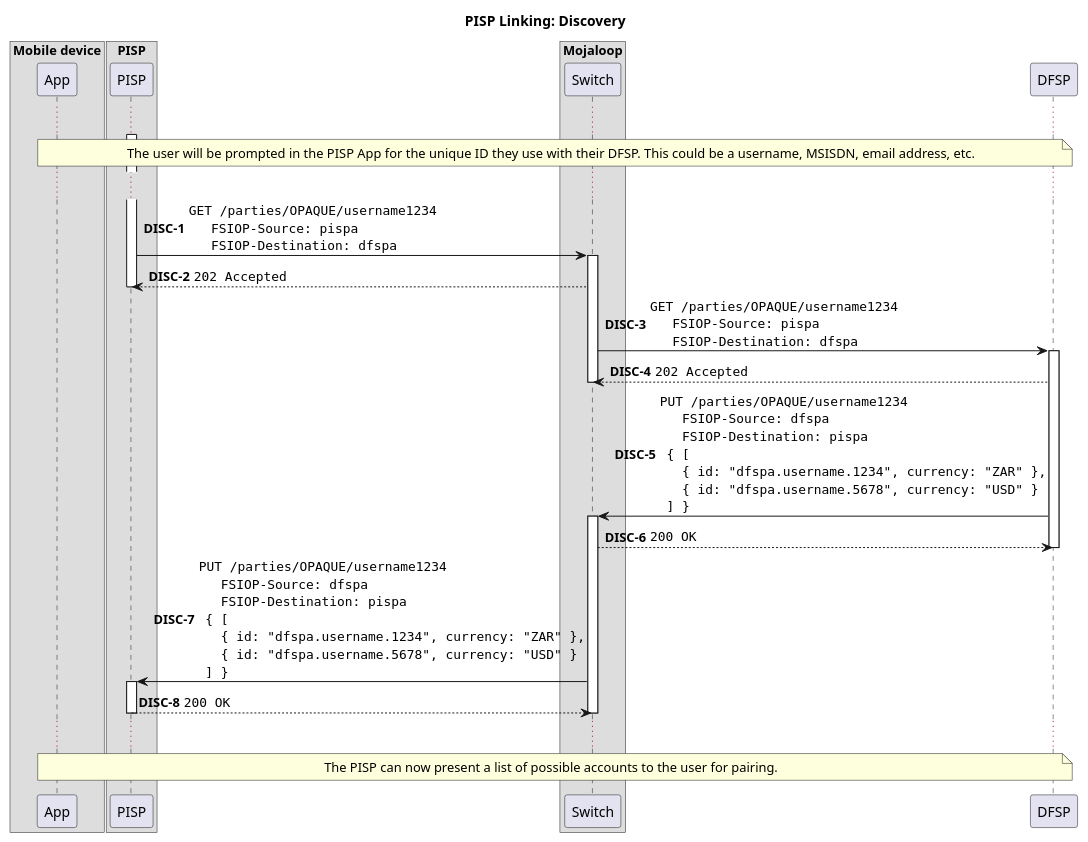
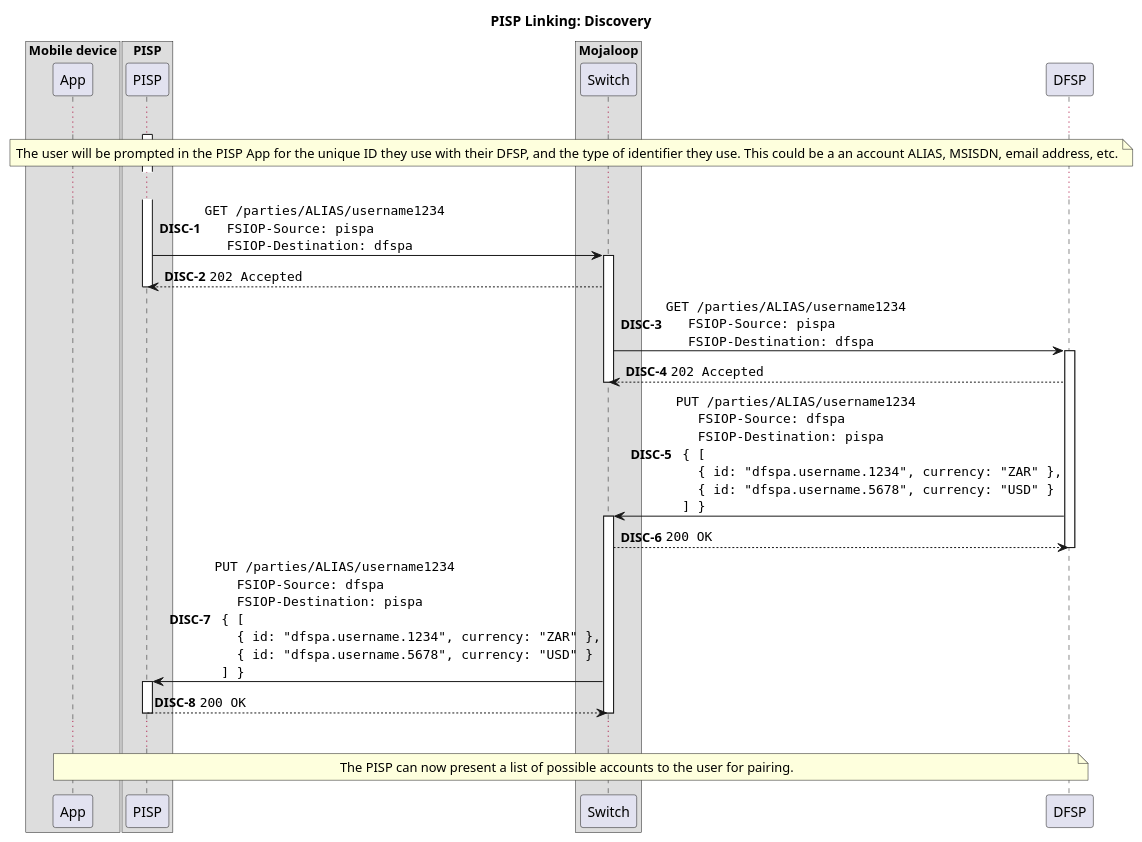
One commit to mojaloop/pisp-project changed the diagram in docs/linking/1-discovery.puml. Above: the diagram before and after it, drawn with PlantUML. The commit also changed 1 other file, not shown here.

Commit message:
feat: remove OPAQUE identifier

```diff
--- a/docs/linking/1-discovery.puml
+++ b/docs/linking/1-discovery.puml
@@ -1,69 +1,69 @@
 @startuml
 
 title PISP Linking: Discovery
 
 box "Mobile device"
     participant App
 end box
 
 box "PISP"
     participant PISP
 end box
 
 box "Mojaloop"
     participant Switch
 end box
 
 participant DFSP
 
 autonumber 1 "<b>DISC-#</b>"
 activate PISP
 
 ...
 
 note over App, DFSP
-  The user will be prompted in the PISP App for the unique ID they use with their DFSP. This could be a username, MSISDN, email address, etc.
+  The user will be prompted in the PISP App for the unique ID they use with their DFSP, and the type of identifier they use. This could be a an account ALIAS, MSISDN, email address, etc.
 end note
 
 ...
 
-PISP -> Switch ++: ""GET /parties/OPAQUE/username1234""\n\
+PISP -> Switch ++: ""GET /parties/ALIAS/username1234""\n\
   ""  FSIOP-Source: pispa""\n\
   ""  FSIOP-Destination: dfspa""
 Switch --> PISP: ""202 Accepted""
 deactivate PISP
 
-Switch -> DFSP ++: ""GET /parties/OPAQUE/username1234""\n\
+Switch -> DFSP ++: ""GET /parties/ALIAS/username1234""\n\
   ""  FSIOP-Source: pispa""\n\
   ""  FSIOP-Destination: dfspa""
 DFSP --> Switch: ""202 Accepted""
 deactivate Switch
 
-DFSP -> Switch ++: ""PUT /parties/OPAQUE/username1234""\n\
+DFSP -> Switch ++: ""PUT /parties/ALIAS/username1234""\n\
   ""  FSIOP-Source: dfspa""\n\
   ""  FSIOP-Destination: pispa""\n\
   ""{ [""\n\
   ""  { id: "dfspa.username.1234", currency: "ZAR" },""\n\
   ""  { id: "dfspa.username.5678", currency: "USD" }""\n\
   ""] }""
 Switch --> DFSP: ""200 OK""
 deactivate DFSP
 
-Switch -> PISP ++: ""PUT /parties/OPAQUE/username1234""\n\
+Switch -> PISP ++: ""PUT /parties/ALIAS/username1234""\n\
   ""  FSIOP-Source: dfspa""\n\
   ""  FSIOP-Destination: pispa""\n\
   ""{ [""\n\
   ""  { id: "dfspa.username.1234", currency: "ZAR" },""\n\
   ""  { id: "dfspa.username.5678", currency: "USD" }""\n\
   ""] }""
 PISP --> Switch: ""200 OK""
 deactivate Switch
 deactivate PISP
 
 ...
 
 note over App, DFSP
   The PISP can now present a list of possible accounts to the user for pairing.
 end note
 
 @enduml
```
